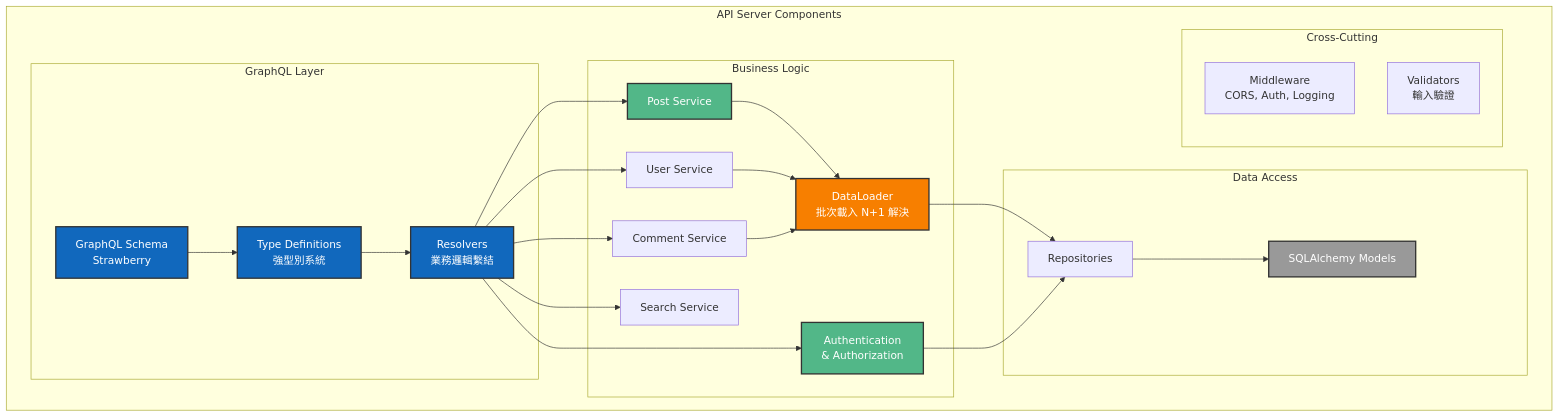
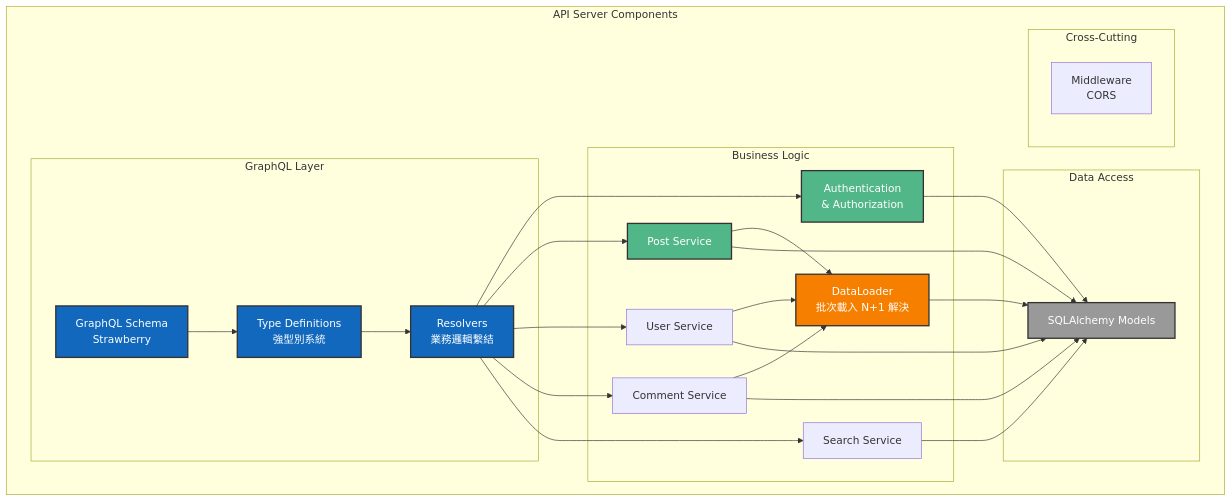
The third of 7 diagrams in docs/architecture.md (twtrubiks/graphql-python-blog), drawn with Mermaid before and after one commit. The commit also changed other lines of this file and 9 other files, not shown here.

````diff
--- a/docs/architecture.md
+++ b/docs/architecture.md
@@ -104,56 +102,56 @@
 ```mermaid
 graph TB
     subgraph "API Server Components"
         subgraph "GraphQL Layer"
             GQL[GraphQL Schema<br/>Strawberry]
             TypeDefs[Type Definitions<br/>強型別系統]
             Resolvers[Resolvers<br/>業務邏輯繫結]
         end
 
         subgraph "Business Logic"
             DataLoader[DataLoader<br/>批次載入 N+1 解決]
             click DataLoader "./dataloader-implementation.md" "詳細文檔"
             Auth[Authentication<br/>& Authorization]
             PostSvc[Post Service]
             UserSvc[User Service]
             CommentSvc[Comment Service]
             SearchSvc[Search Service]
         end
 
         subgraph "Data Access"
             Models[SQLAlchemy Models]
-            Repos[Repositories]
         end
 
         subgraph "Cross-Cutting"
-            MW[Middleware<br/>CORS, Auth, Logging]
-            Valid[Validators<br/>輸入驗證]
+            MW[Middleware<br/>CORS]
         end
     end
 
     GQL --> TypeDefs
     TypeDefs --> Resolvers
 
     Resolvers --> Auth
     Resolvers --> PostSvc
     Resolvers --> UserSvc
     Resolvers --> CommentSvc
     Resolvers --> SearchSvc
 
     PostSvc --> DataLoader
     UserSvc --> DataLoader
     CommentSvc --> DataLoader
 
-    DataLoader --> Repos
-    Auth --> Repos
-
-    Repos --> Models
+    DataLoader --> Models
+    Auth --> Models
+    PostSvc --> Models
+    UserSvc --> Models
+    CommentSvc --> Models
+    SearchSvc --> Models
 
     style GQL fill:#1168bd,stroke:#333,stroke-width:2px,color:#fff
     style TypeDefs fill:#1168bd,stroke:#333,stroke-width:2px,color:#fff
     style Resolvers fill:#1168bd,stroke:#333,stroke-width:2px,color:#fff
     style DataLoader fill:#f77f00,stroke:#333,stroke-width:2px,color:#fff
     style Auth fill:#52b788,stroke:#333,stroke-width:2px,color:#fff
     style PostSvc fill:#52b788,stroke:#333,stroke-width:2px,color:#fff
     style Models fill:#999,stroke:#333,stroke-width:2px,color:#fff
 ```
````
